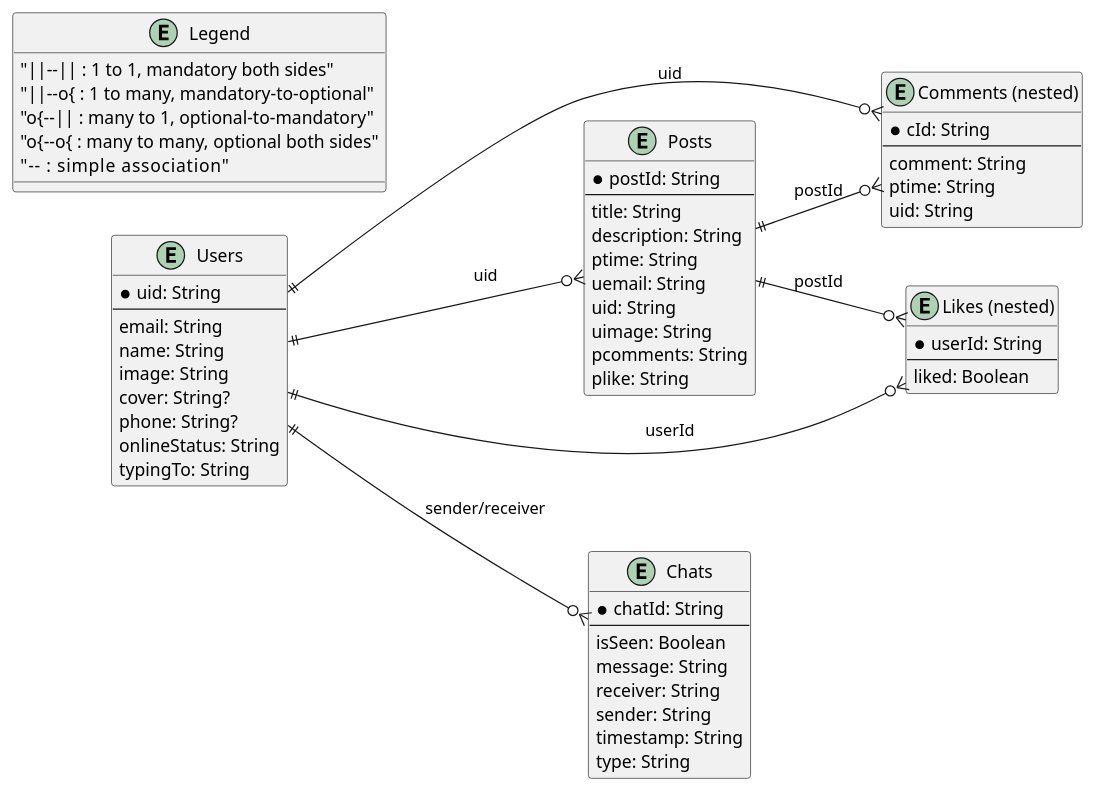
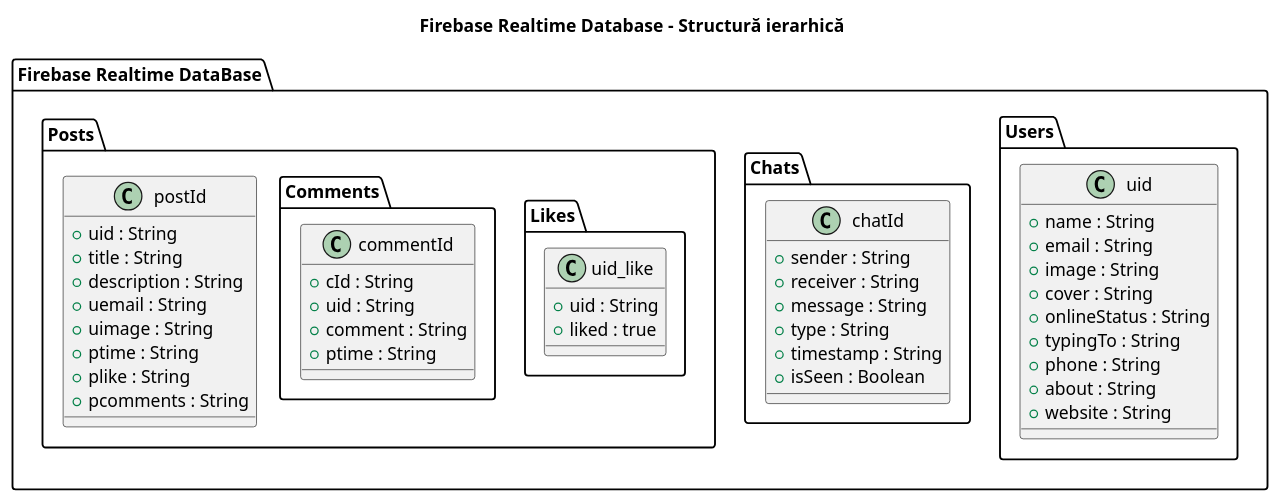
One commit to AndreeaDraghici/Android-Social-Media-Platform changed the diagram in app/sampledata/db.puml. Above: the diagram before and after it, drawn with PlantUML. The commit also changed 13 other files, not shown here.

```diff
--- a/app/sampledata/db.puml
+++ b/app/sampledata/db.puml
@@ -1,77 +1,60 @@
-@startuml DatabaseStructure
-left to right direction
+@startuml
+title Firebase Realtime Database - Structură ierarhică
 
-skinparam entity {
-  BackgroundColor LightYellow
-  BorderColor DarkGreen
-  FontColor DarkBlue
-  FontSize 12
-}
+package "Firebase Realtime DataBase" {
+  package "Users" {
+    class uid {
+      + name : String
+      + email : String
+      + image : String
+      + cover : String
+      + onlineStatus : String
+      + typingTo : String
+      + phone : String
+      + about : String
+      + website : String
+    }
+  }
 
-entity "Users" as Users {
-  * uid: String
-  --
-  email: String
-  name: String
-  image: String
-  cover: String?
-  phone: String?
-  onlineStatus: String
-  typingTo: String
-}
+  package "Chats" {
+    class chatId {
+      + sender : String
+      + receiver : String
+      + message : String
+      + type : String
+      + timestamp : String
+      + isSeen : Boolean
+    }
+  }
 
-entity "Posts" as Posts {
-  * postId: String
-  --
-  title: String
-  description: String
-  ptime: String
-  uemail: String
-  uid: String
-  uimage: String
-  pcomments: String
-  plike: String
-}
+  package "Posts" {
+    class postId {
+      + uid : String
+      + title : String
+      + description : String
+      + uemail : String
+      + uimage : String
+      + ptime : String
+      + plike : String
+      + pcomments : String
+    }
 
-entity "Comments (nested)" as Comments {
-  * cId: String
-  --
-  comment: String
-  ptime: String
-  uid: String
-}
+    package "Likes" {
+      class uid_like {
+        + uid : String
+        + liked : true
+      }
+    }
 
-entity "Likes (nested)" as Likes {
-  * userId: String
-  --
-  liked: Boolean
-}
-
-entity "Chats" as Chats {
-  * chatId: String
-  --
-  isSeen: Boolean
-  message: String
-  receiver: String
-  sender: String
-  timestamp: String
-  type: String
-}
-
-' Relationships
-Users ||--o{ Posts : "uid"
-Posts ||--o{ Comments : "postId"
-Posts ||--o{ Likes : "postId"
-Users ||--o{ Comments : "uid"
-Users ||--o{ Likes : "userId"
-Users ||--o{ Chats : "sender/receiver"
-
-entity "Legend" as Legend {
-  "||--|| : 1 to 1, mandatory both sides"
-  "||--o{ : 1 to many, mandatory-to-optional"
-  "o{--|| : many to 1, optional-to-mandatory"
-  "o{--o{ : many to many, optional both sides"
-  "--     : simple association"
+    package "Comments" {
+      class commentId {
+        + cId : String
+        + uid : String
+        + comment : String
+        + ptime : String
+      }
+    }
+  }
 }
 
 @enduml
```
